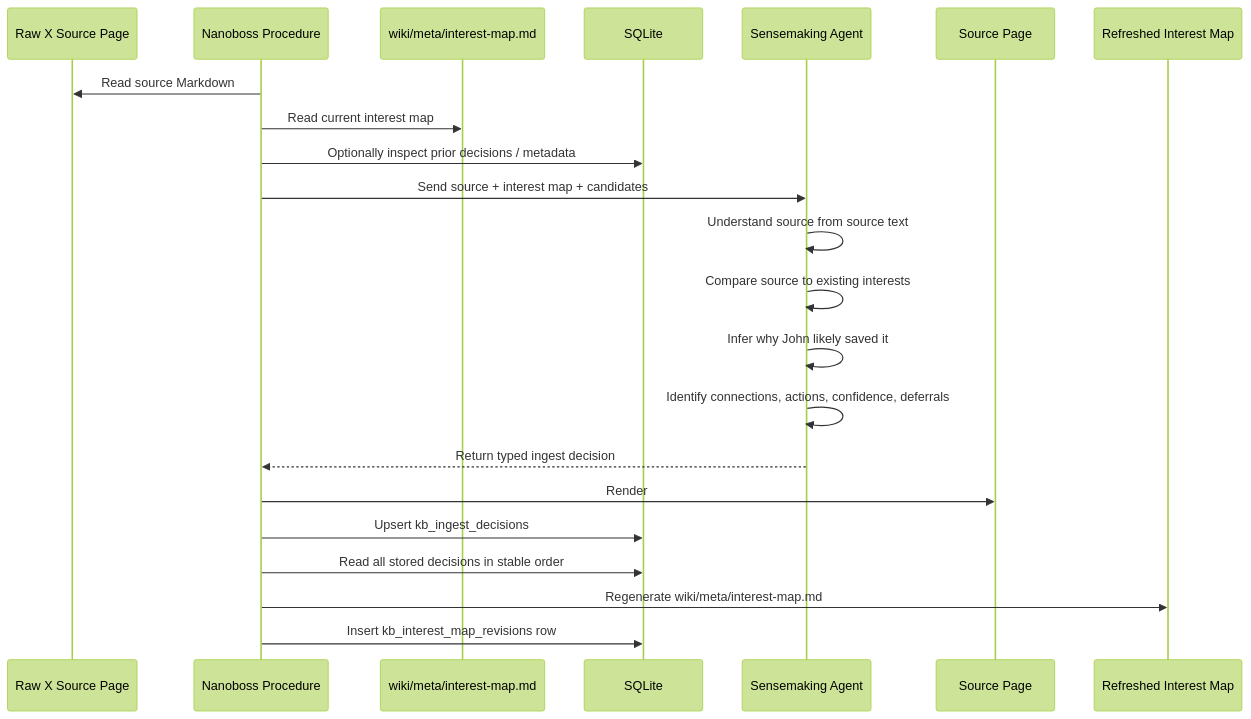
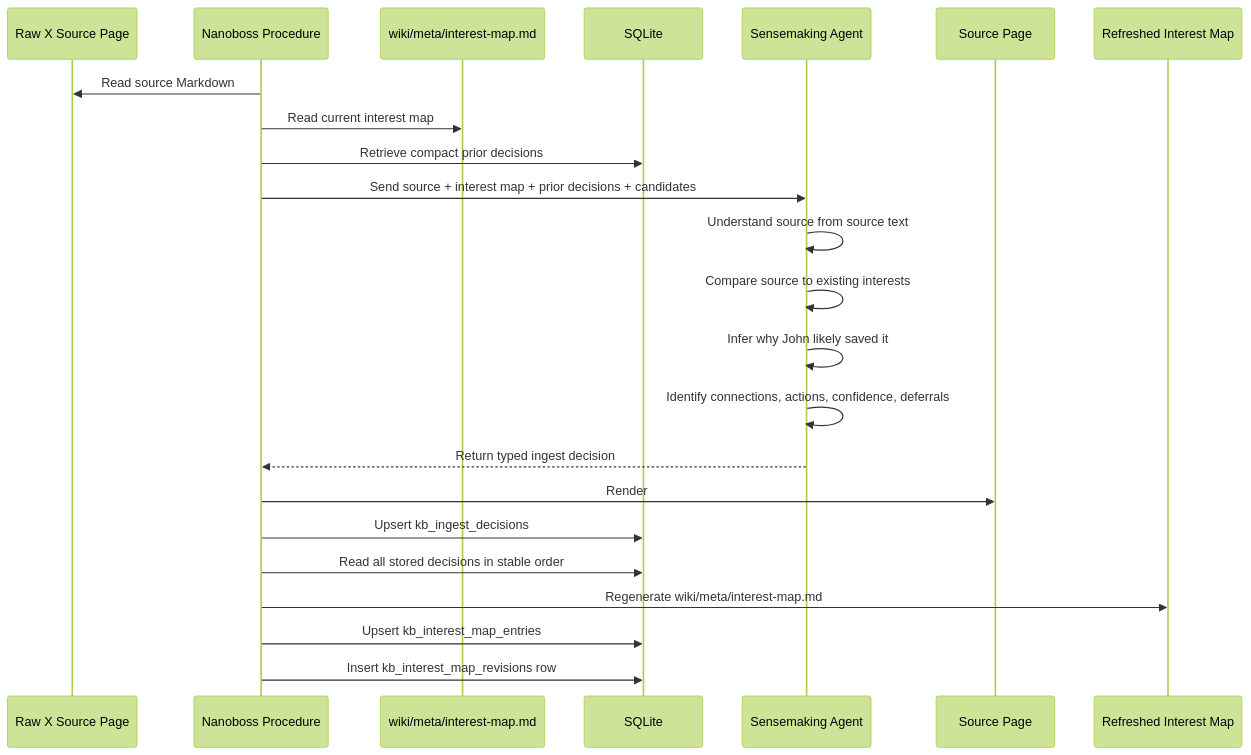
One commit to jflam/x-bookmarks changed the first of 2 diagrams in docs/interest-map-ingestion-flow.md. Above: the diagram before and after it, drawn with Mermaid (forest theme). The commit also changed other lines of this file and 17 other files, not shown here.

Commit message:
Optimize interest map replay batching

````diff
--- a/docs/interest-map-ingestion-flow.md
+++ b/docs/interest-map-ingestion-flow.md
@@ -124,28 +152,29 @@
 ```mermaid
 sequenceDiagram
     participant Raw as Raw X Source Page
     participant Proc as Nanoboss Procedure
     participant Map as wiki/meta/interest-map.md
     participant DB as SQLite
     participant Agent as Sensemaking Agent
     participant Source as Source Page
     participant NewMap as Refreshed Interest Map
 
     Proc->>Raw: Read source Markdown
     Proc->>Map: Read current interest map
-    Proc->>DB: Optionally inspect prior decisions / metadata
-    Proc->>Agent: Send source + interest map + candidates
+    Proc->>DB: Retrieve compact prior decisions
+    Proc->>Agent: Send source + interest map + prior decisions + candidates
 
     Agent->>Agent: Understand source from source text
     Agent->>Agent: Compare source to existing interests
     Agent->>Agent: Infer why John likely saved it
     Agent->>Agent: Identify connections, actions, confidence, deferrals
 
     Agent-->>Proc: Return typed ingest decision
 
     Proc->>Source: Render ## Ingest Decision
     Proc->>DB: Upsert kb_ingest_decisions
     Proc->>DB: Read all stored decisions in stable order
     Proc->>NewMap: Regenerate wiki/meta/interest-map.md
+    Proc->>DB: Upsert kb_interest_map_entries
     Proc->>DB: Insert kb_interest_map_revisions row
 ```
````
